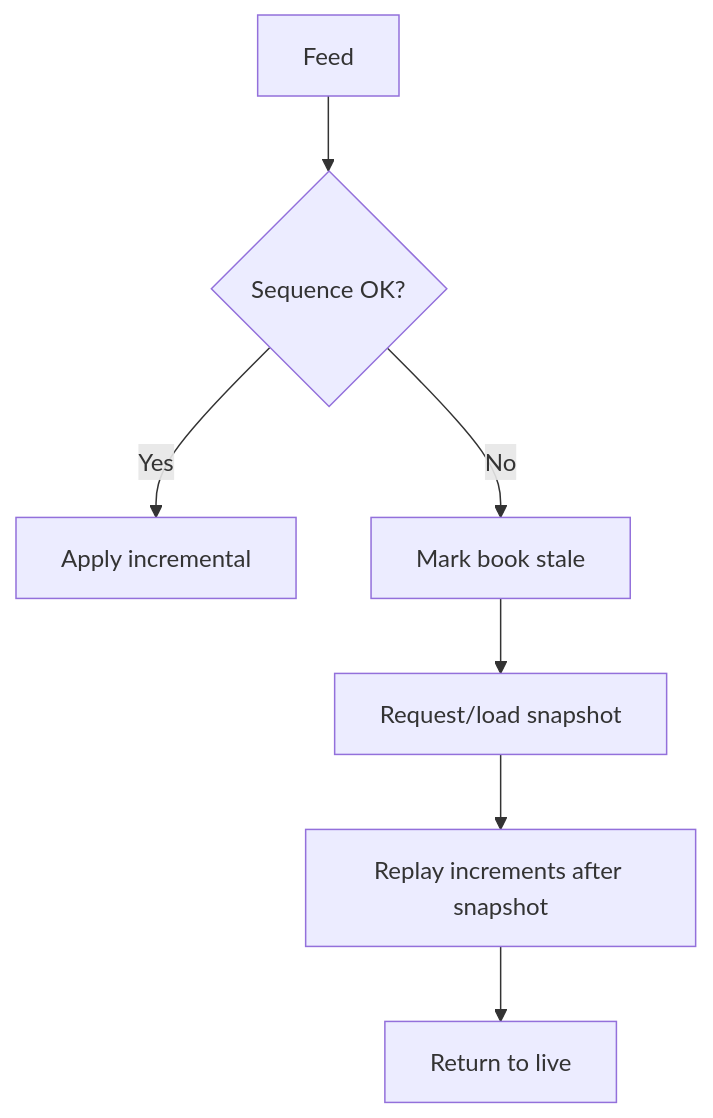
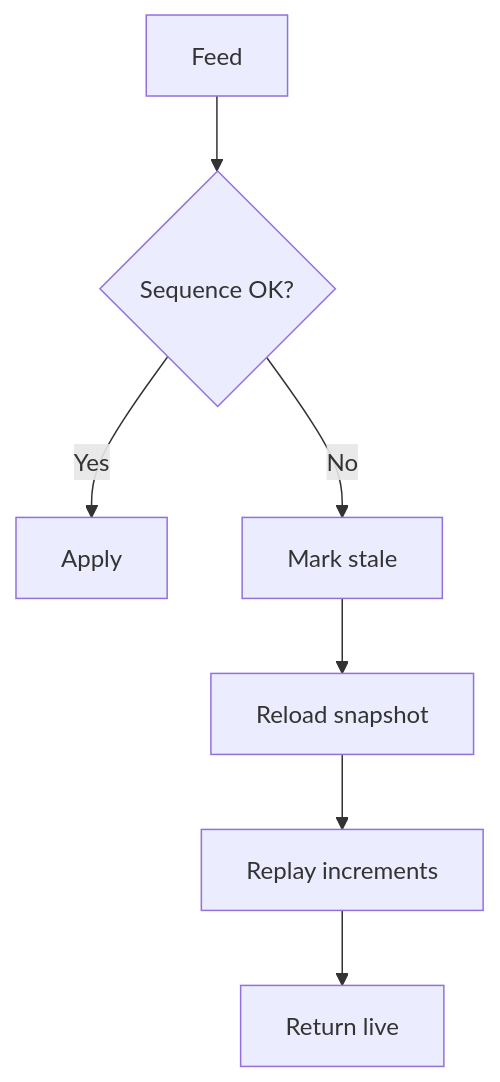
The diagram in docs/lectures/10-market-data-engineering/index.md (Trinhduyet/securities.github.io), drawn with Mermaid before and after one commit. The commit also changed other lines of this file and 22 other files, not shown here.

````diff
--- a/docs/lectures/10-market-data-engineering/index.md
+++ b/docs/lectures/10-market-data-engineering/index.md
@@ -36,9 +47,9 @@
 ```mermaid
 flowchart TD
-    FEED[Feed] --> SEQ{Sequence OK?}
-    SEQ -->|Yes| APPLY[Apply incremental]
-    SEQ -->|No| STALE[Mark book stale]
-    STALE --> RESYNC[Request/load snapshot]
-    RESYNC --> REPLAY[Replay increments after snapshot]
-    REPLAY --> LIVE[Return to live]
+FEED[Feed] --> CHECK{Sequence OK?}
+CHECK -->|Yes| APPLY[Apply]
+CHECK -->|No| STALE[Mark stale]
+STALE --> SNAP[Reload snapshot]
+SNAP --> REPLAY[Replay increments]
+REPLAY --> LIVE[Return live]
 ```
````
